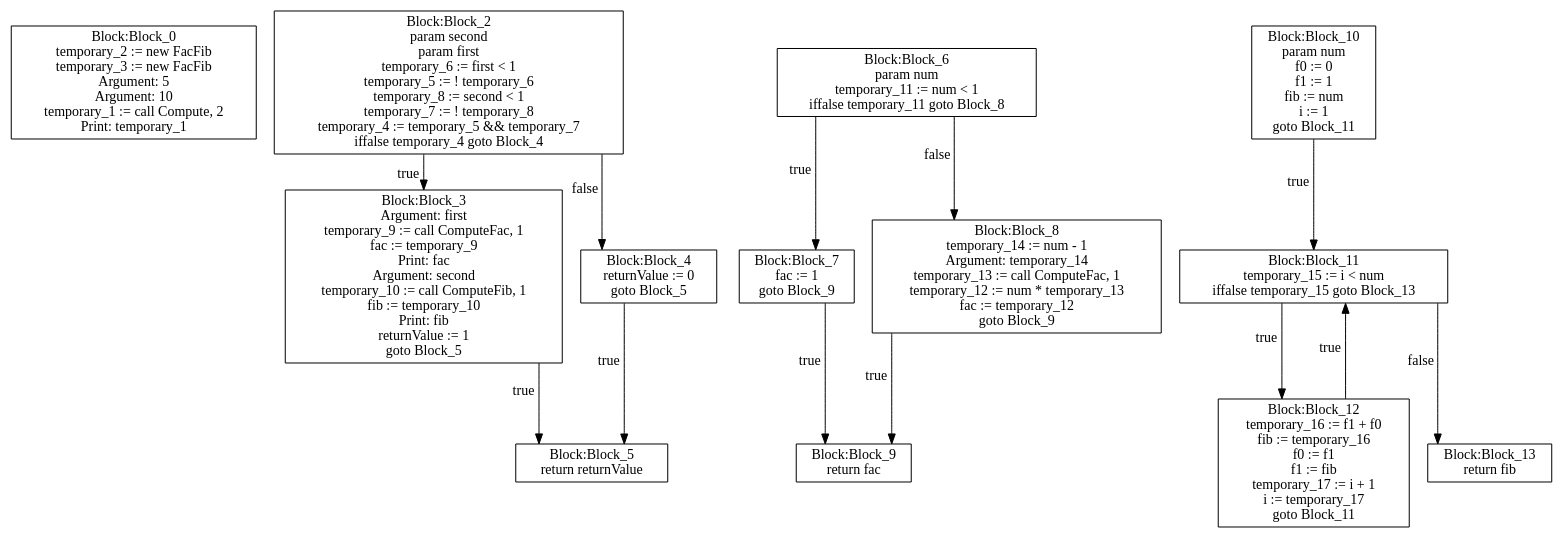
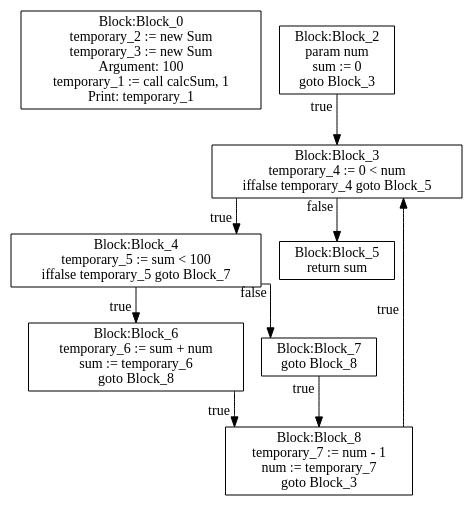
Before and after one commit to moondog-matthew/compiler-dv1655: the diagram in lab3/CFG-tree.dot, drawn with Graphviz. The commit also changed 3 other files, not shown here.

```diff
--- a/lab3/CFG-tree.dot
+++ b/lab3/CFG-tree.dot
@@ -1,84 +1,40 @@
 digraph {
 graph [ splines = ortho ]
 	node [ shape = box ];
 Block_0 [label="Block:Block_0
-temporary_2 := new FacFib
-temporary_3 := new FacFib
-Argument: 5
-Argument: 10
-temporary_1 := call Compute, 2
+temporary_2 := new Sum
+temporary_3 := new Sum
+Argument: 100
+temporary_1 := call calcSum, 1
 Print: temporary_1"];
 Block_2 [label="Block:Block_2
-param second
-param first
-temporary_6 := first < 1
-temporary_5 := ! temporary_6
-temporary_8 := second < 1
-temporary_7 := ! temporary_8
-temporary_4 := temporary_5 && temporary_7
-iffalse temporary_4 goto Block_4"];
+param num
+sum := 0
+goto Block_3"];
 Block_2 -> Block_3 [xlabel = "true"]
 Block_3 [label="Block:Block_3
-Argument: first
-temporary_9 := call ComputeFac, 1
-fac := temporary_9
-Print: fac
-Argument: second
-temporary_10 := call ComputeFib, 1
-fib := temporary_10
-Print: fib
-returnValue := 1
-goto Block_5"];
-Block_3 -> Block_5 [xlabel = "true"]
+temporary_4 := 0 < num
+iffalse temporary_4 goto Block_5"];
+Block_3 -> Block_4 [xlabel = "true"]
+Block_4 [label="Block:Block_4
+temporary_5 := sum < 100
+iffalse temporary_5 goto Block_7"];
+Block_4 -> Block_6 [xlabel = "true"]
+Block_6 [label="Block:Block_6
+temporary_6 := sum + num
+sum := temporary_6
+goto Block_8"];
+Block_6 -> Block_8 [xlabel = "true"]
+Block_8 [label="Block:Block_8
+temporary_7 := num - 1
+num := temporary_7
+goto Block_3"];
+Block_8 -> Block_3 [xlabel = "true"]
+Block_4 -> Block_7 [xlabel = "false"]
+Block_7 [label="Block:Block_7
+goto Block_8"];
+Block_7 -> Block_8 [xlabel = "true"]
+Block_3 -> Block_5 [xlabel = "false"]
 Block_5 [label="Block:Block_5
-return returnValue"];
-Block_2 -> Block_4 [xlabel = "false"]
-Block_4 [label="Block:Block_4
-returnValue := 0
-goto Block_5"];
-Block_4 -> Block_5 [xlabel = "true"]
-Block_6 [label="Block:Block_6
-param num
-temporary_11 := num < 1
-iffalse temporary_11 goto Block_8"];
-Block_6 -> Block_7 [xlabel = "true"]
-Block_7 [label="Block:Block_7
-fac := 1
-goto Block_9"];
-Block_7 -> Block_9 [xlabel = "true"]
-Block_9 [label="Block:Block_9
-return fac"];
-Block_6 -> Block_8 [xlabel = "false"]
-Block_8 [label="Block:Block_8
-temporary_14 := num - 1
-Argument: temporary_14
-temporary_13 := call ComputeFac, 1
-temporary_12 := num * temporary_13
-fac := temporary_12
-goto Block_9"];
-Block_8 -> Block_9 [xlabel = "true"]
-Block_10 [label="Block:Block_10
-param num
-f0 := 0
-f1 := 1
-fib := num
-i := 1
-goto Block_11"];
-Block_10 -> Block_11 [xlabel = "true"]
-Block_11 [label="Block:Block_11
-temporary_15 := i < num
-iffalse temporary_15 goto Block_13"];
-Block_11 -> Block_12 [xlabel = "true"]
-Block_12 [label="Block:Block_12
-temporary_16 := f1 + f0
-fib := temporary_16
-f0 := f1
-f1 := fib
-temporary_17 := i + 1
-i := temporary_17
-goto Block_11"];
-Block_12 -> Block_11 [xlabel = "true"]
-Block_11 -> Block_13 [xlabel = "false"]
-Block_13 [label="Block:Block_13
-return fib"];
+return sum"];
 }
```
